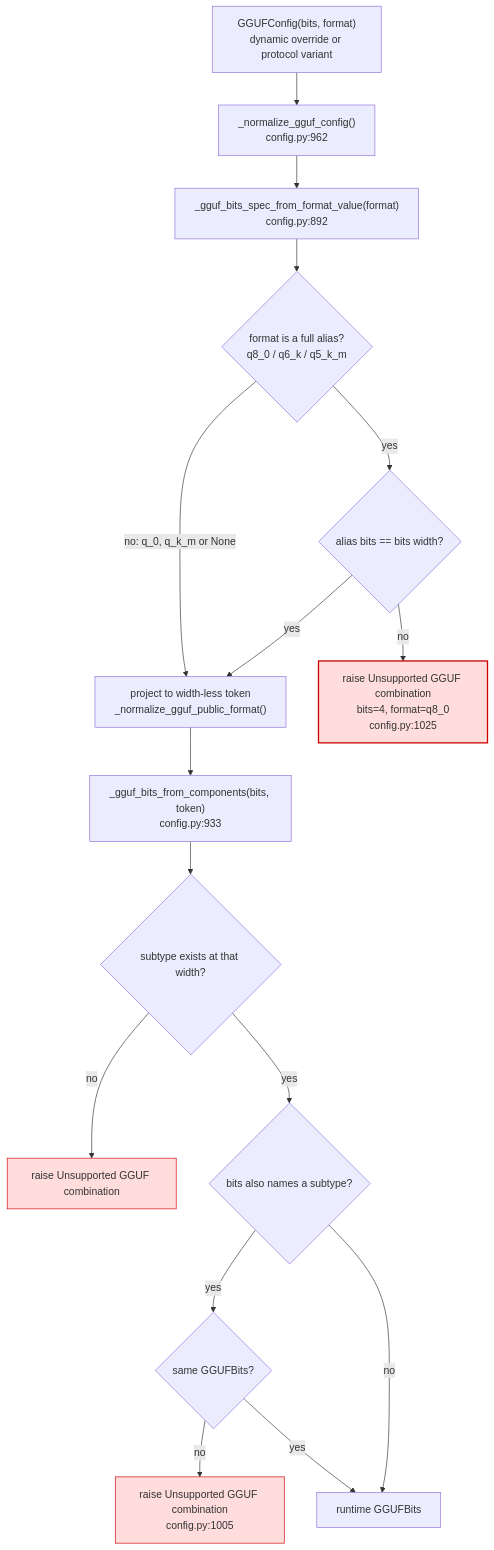
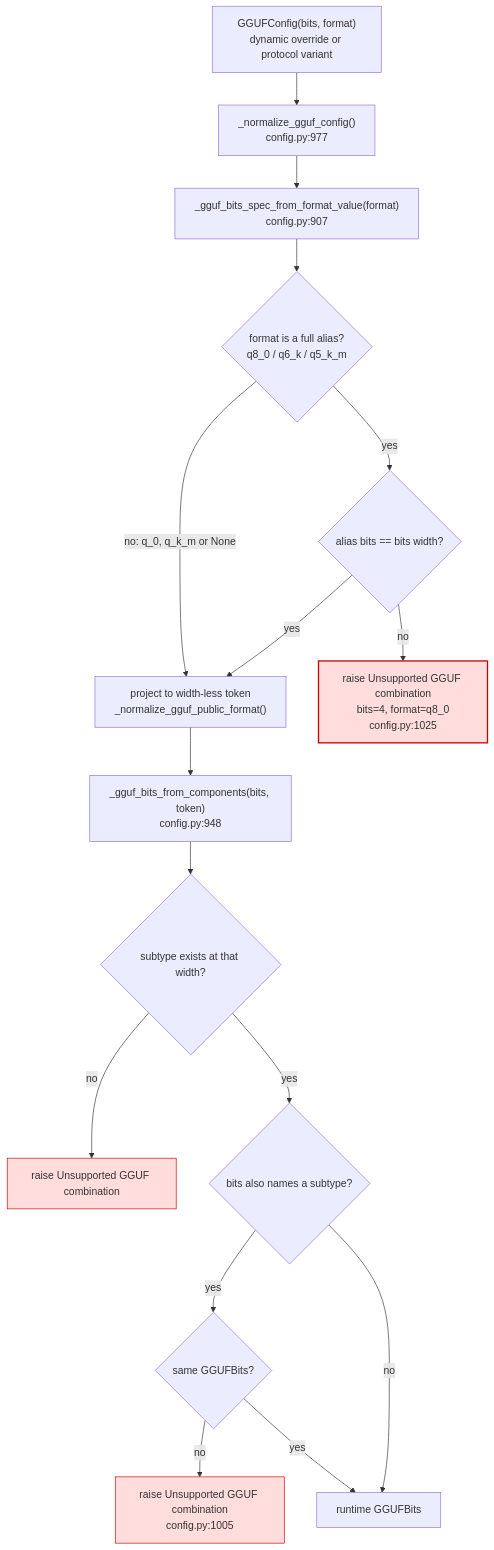
One commit to ModelCloud/GPTQModel changed the first of 2 diagrams in docs/gguf-config-resolution.md. Above: the diagram before and after it, drawn with Mermaid. The commit also changed other lines of this file and 7 other files, not shown here.

````diff
--- a/docs/gguf-config-resolution.md
+++ b/docs/gguf-config-resolution.md
@@ -24,22 +24,22 @@
 ```mermaid
 flowchart TD
-    A["GGUFConfig(bits, format)<br/>dynamic override or protocol variant"] --> B["_normalize_gguf_config()<br/>config.py:962"]
-    B --> C["_gguf_bits_spec_from_format_value(format)<br/>config.py:892"]
+    A["GGUFConfig(bits, format)<br/>dynamic override or protocol variant"] --> B["_normalize_gguf_config()<br/>config.py:977"]
+    B --> C["_gguf_bits_spec_from_format_value(format)<br/>config.py:907"]
     C --> D{"format is a full alias?<br/>q8_0 / q6_k / q5_k_m"}
     D -->|no: q_0, q_k_m or None| E["project to width-less token<br/>_normalize_gguf_public_format()"]
     D -->|yes| F{"alias bits == bits width?"}
     F -->|no| R1["raise Unsupported GGUF combination<br/>bits=4, format=q8_0<br/>config.py:1025"]
     F -->|yes| E
-    E --> G["_gguf_bits_from_components(bits, token)<br/>config.py:933"]
+    E --> G["_gguf_bits_from_components(bits, token)<br/>config.py:948"]
     G --> H{"subtype exists at that width?"}
     H -->|no| R2["raise Unsupported GGUF combination"]
     H -->|yes| I{"bits also names a subtype?"}
     I -->|yes| J{"same GGUFBits?"}
     J -->|no| R3["raise Unsupported GGUF combination<br/>config.py:1005"]
     J -->|yes| K["runtime GGUFBits"]
     I -->|no| K
 
     style R1 fill:#fdd,stroke:#c00,stroke-width:2px
     style R2 fill:#fdd,stroke:#c00
     style R3 fill:#fdd,stroke:#c00
 ```
````
